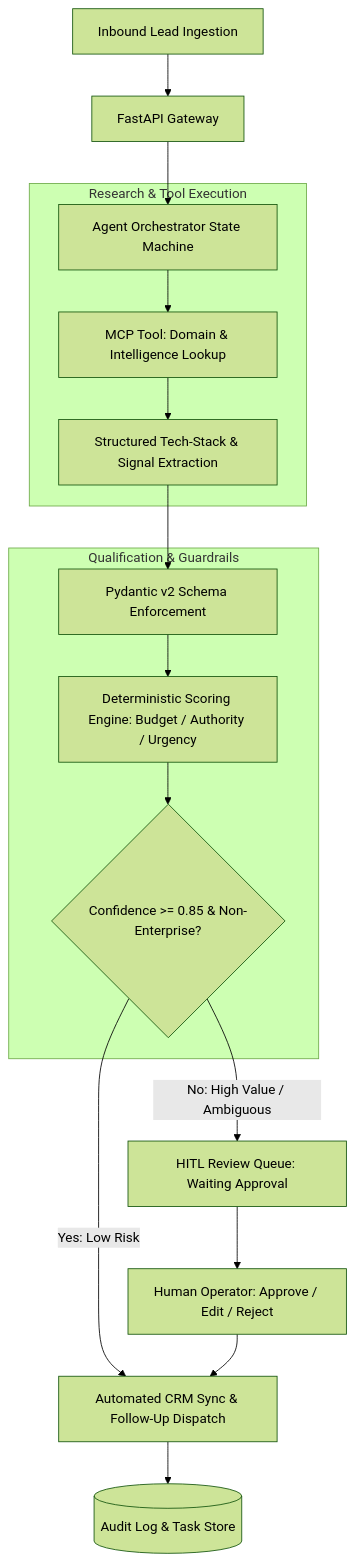
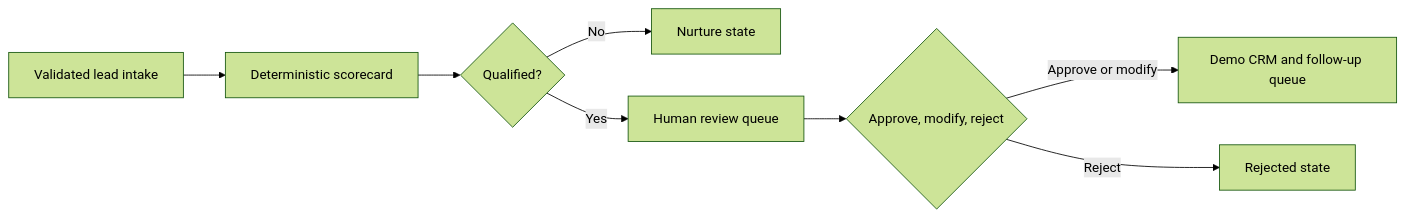
One commit to Marwanelh/lead-workflow-engine changed the diagram in README.md. Above: the diagram before and after it, drawn with Mermaid (forest theme). The commit also changed other lines of this file and 13 other files, not shown here.

````diff
--- a/README.md
+++ b/README.md
@@ -15,23 +20,10 @@
 ```mermaid
-flowchart TD
-    A[Inbound Lead Ingestion] --> B[FastAPI Gateway]
-    B --> C[Agent Orchestrator State Machine]
-    
-    subgraph Research & Tool Execution
-        C --> D[MCP Tool: Domain & Intelligence Lookup]
-        D --> E[Structured Tech-Stack & Signal Extraction]
-    end
-    
-    subgraph Qualification & Guardrails
-        E --> F[Pydantic v2 Schema Enforcement]
-        F --> G[Deterministic Scoring Engine: Budget / Authority / Urgency]
-        G --> H{Confidence >= 0.85 & Non-Enterprise?}
-    end
-    
-    H -- Yes: Low Risk --> I[Automated CRM Sync & Follow-Up Dispatch]
-    H -- No: High Value / Ambiguous --> J[HITL Review Queue: Waiting Approval]
-    
-    J --> K[Human Operator: Approve / Edit / Reject]
-    K --> I
-    I --> L[(Audit Log & Task Store)]
+flowchart LR
+    A[Validated lead intake] --> B[Deterministic scorecard]
+    B --> C{Qualified?}
+    C -- No --> D[Nurture state]
+    C -- Yes --> E[Human review queue]
+    E --> F{Approve, modify, reject}
+    F -- Approve or modify --> G[Demo CRM and follow-up queue]
+    F -- Reject --> H[Rejected state]
 ```
````
